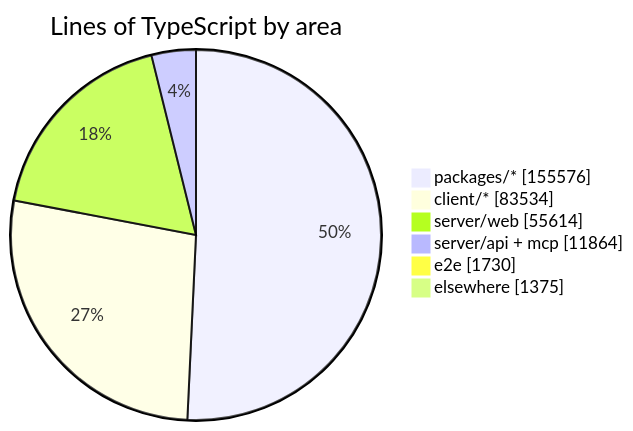
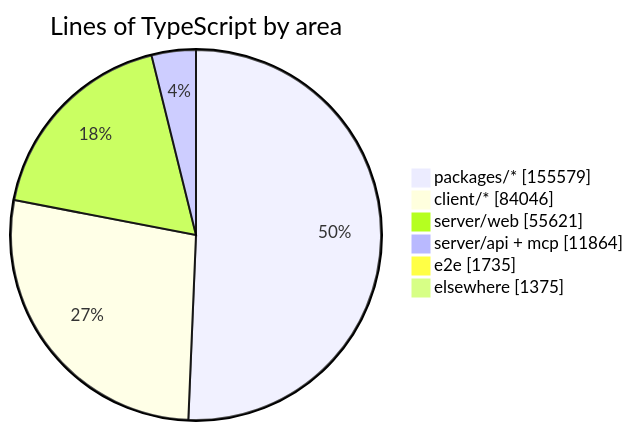
Before and after one commit to crossworks-engineering/mantle: the diagram in README.md, drawn with Mermaid. The commit also changed other lines of this file and 4 other files, not shown here.

````diff
--- a/README.md
+++ b/README.md
@@ -279,9 +279,9 @@
 ```mermaid
 pie showData title Lines of TypeScript by area
-    "packages/*" : 155576
-    "client/*" : 83534
-    "server/web" : 55614
+    "packages/*" : 155579
+    "client/*" : 84046
+    "server/web" : 55621
     "server/api + mcp" : 11864
-    "e2e" : 1730
+    "e2e" : 1735
     "elsewhere" : 1375
 ```
````
